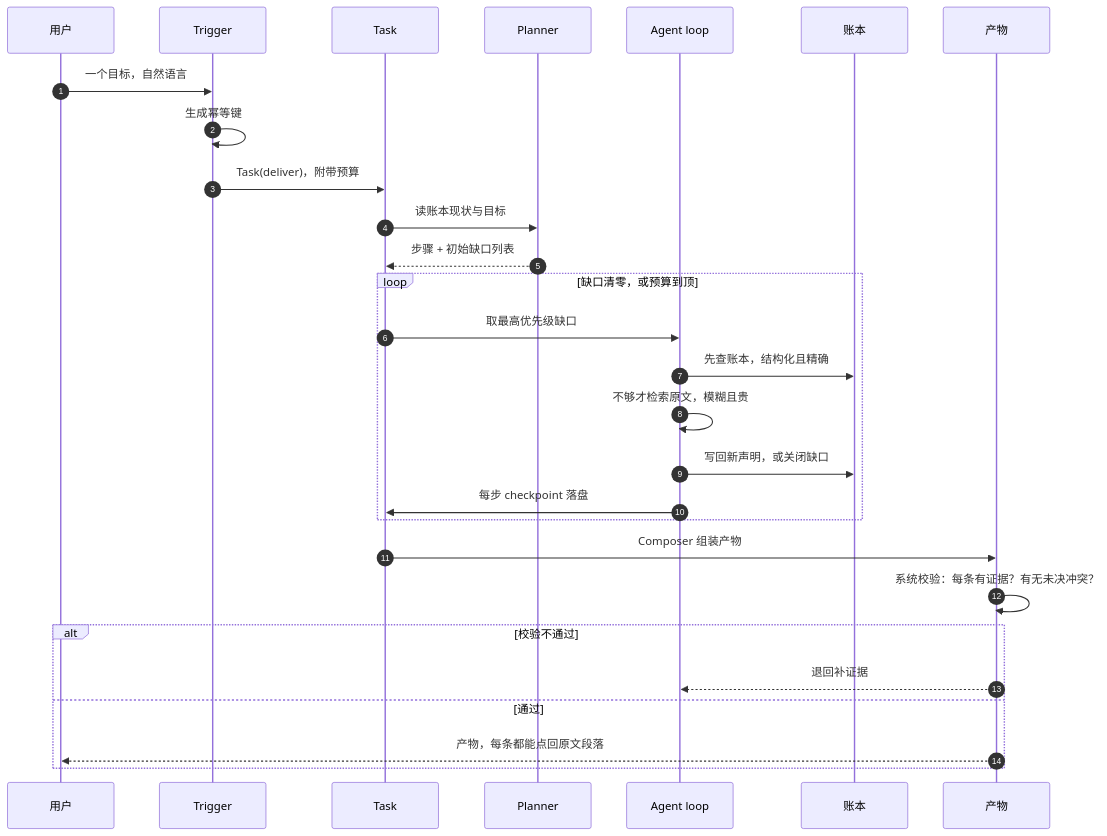
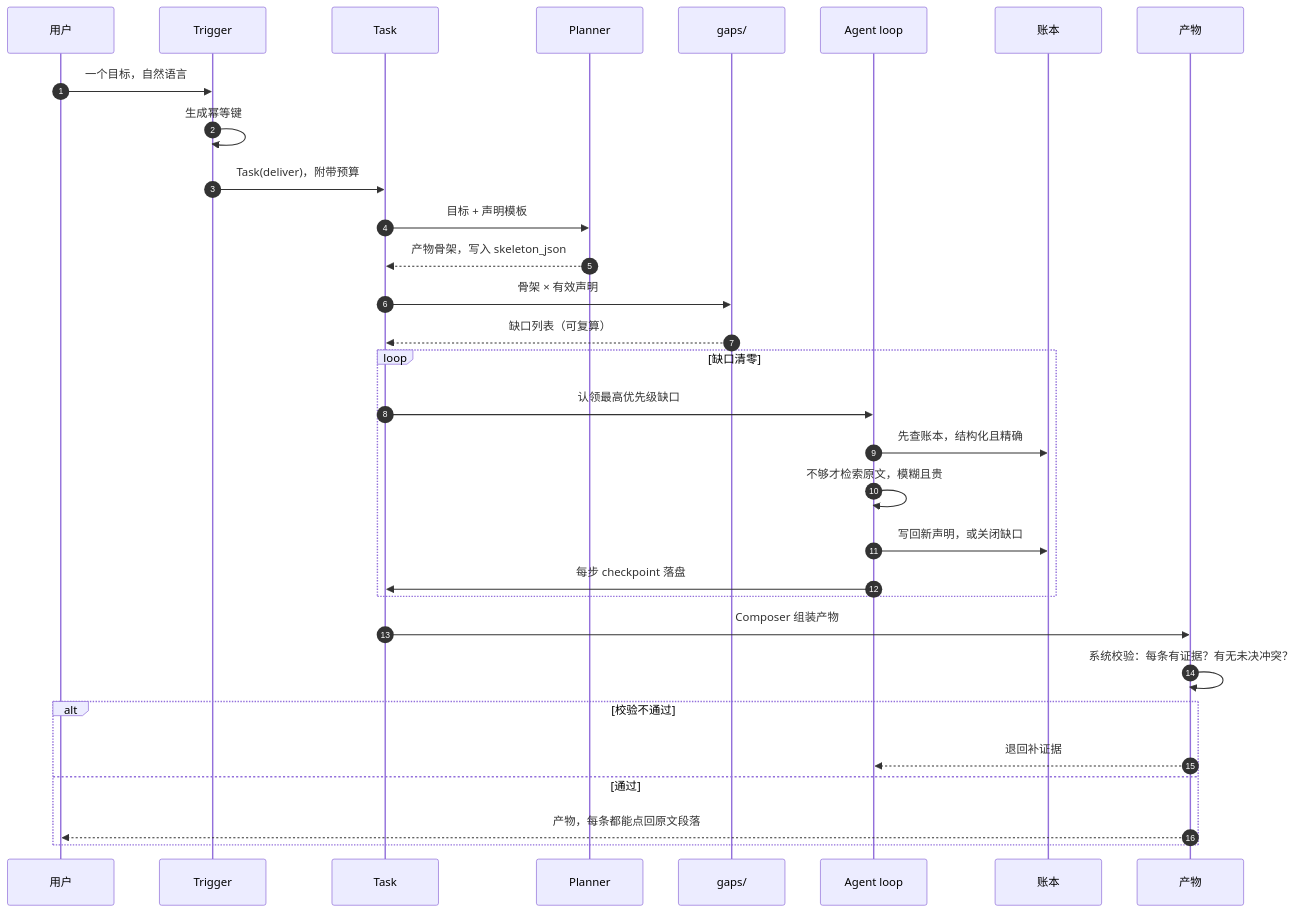
The sixth of 11 diagrams in docs/architecture.md (Kstheme/open-super-agent-kb), drawn with Mermaid before and after one commit. The commit also changed other lines of this file and 11 other files, not shown here.

````diff
--- a/docs/architecture.md
+++ b/docs/architecture.md
@@ -245,31 +258,34 @@
 ```mermaid
 sequenceDiagram
     autonumber
     participant U as 用户
     participant TG as Trigger
     participant TK as Task
     participant PL as Planner
+    participant GP as gaps/
     participant AG as Agent loop
     participant LG as 账本
     participant AR as 产物
 
     U->>TG: 一个目标，自然语言
     TG->>TG: 生成幂等键
     TG->>TK: Task(deliver)，附带预算
-    TK->>PL: 读账本现状与目标
-    PL-->>TK: 步骤 + 初始缺口列表
-    loop 缺口清零，或预算到顶
-        TK->>AG: 取最高优先级缺口
+    TK->>PL: 目标 + 声明模板
+    PL-->>TK: 产物骨架，写入 skeleton_json
+    TK->>GP: 骨架 × 有效声明
+    GP-->>TK: 缺口列表（可复算）
+    loop 缺口清零
+        TK->>AG: 认领最高优先级缺口
         AG->>LG: 先查账本，结构化且精确
         AG->>AG: 不够才检索原文，模糊且贵
         AG->>LG: 写回新声明，或关闭缺口
         AG->>TK: 每步 checkpoint 落盘
     end
     TK->>AR: Composer 组装产物
     AR->>AR: 系统校验：每条有证据？有无未决冲突？
     alt 校验不通过
         AR-->>AG: 退回补证据
     else 通过
         AR-->>U: 产物，每条都能点回原文段落
     end
 ```
````
